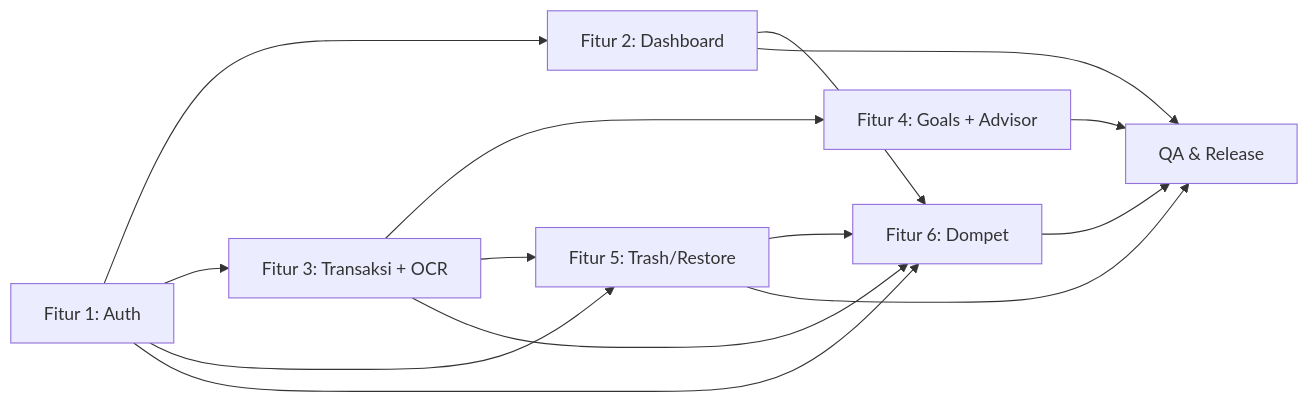
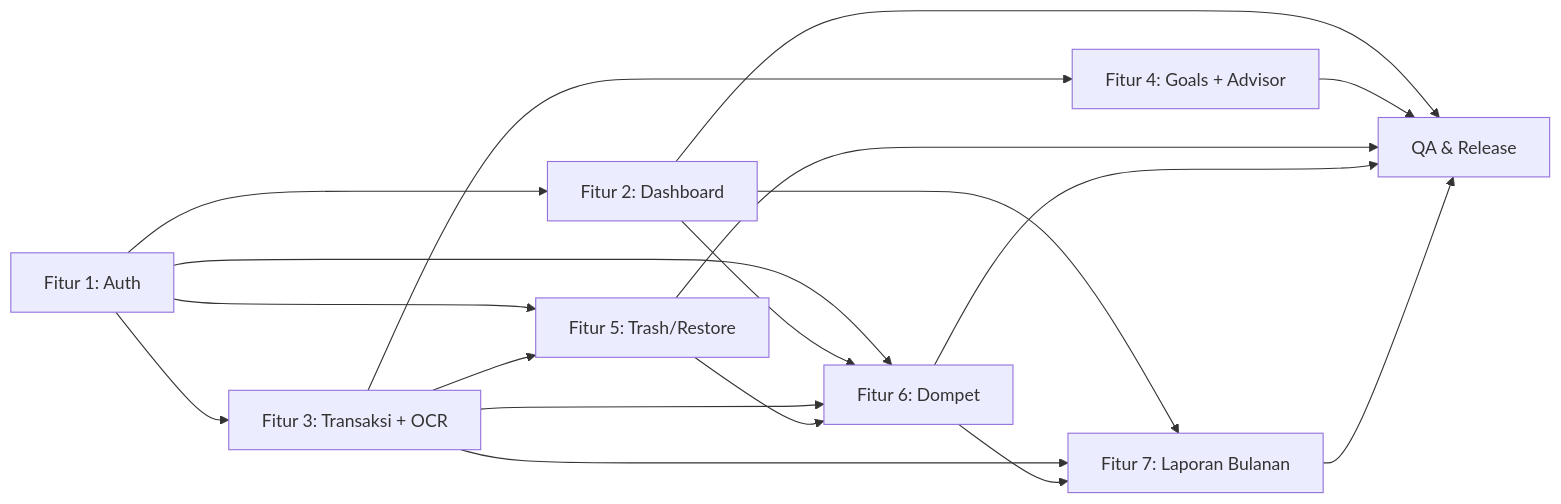
One commit to arissaputra362/financial-diary changed the diagram in docs/PRD.md. Above: the diagram before and after it, drawn with Mermaid. The commit also changed other lines of this file and 38 other files, not shown here.

````diff
--- a/docs/PRD.md
+++ b/docs/PRD.md
@@ -292,16 +333,20 @@
 ```mermaid
 flowchart LR
     F1[Fitur 1: Auth] --> F2[Fitur 2: Dashboard]
     F1 --> F3[Fitur 3: Transaksi + OCR]
     F1 --> F5[Fitur 5: Trash/Restore]
     F3 --> F4[Fitur 4: Goals + Advisor]
     F3 --> F5
     F1 --> F6[Fitur 6: Dompet]
     F2 --> F6
     F3 --> F6
     F5 --> F6
+    F2 --> F7[Fitur 7: Laporan Bulanan]
+    F3 --> F7
+    F6 --> F7
     F2 --> QA[QA & Release]
     F4 --> QA
     F5 --> QA
     F6 --> QA
+    F7 --> QA
 ```
````
